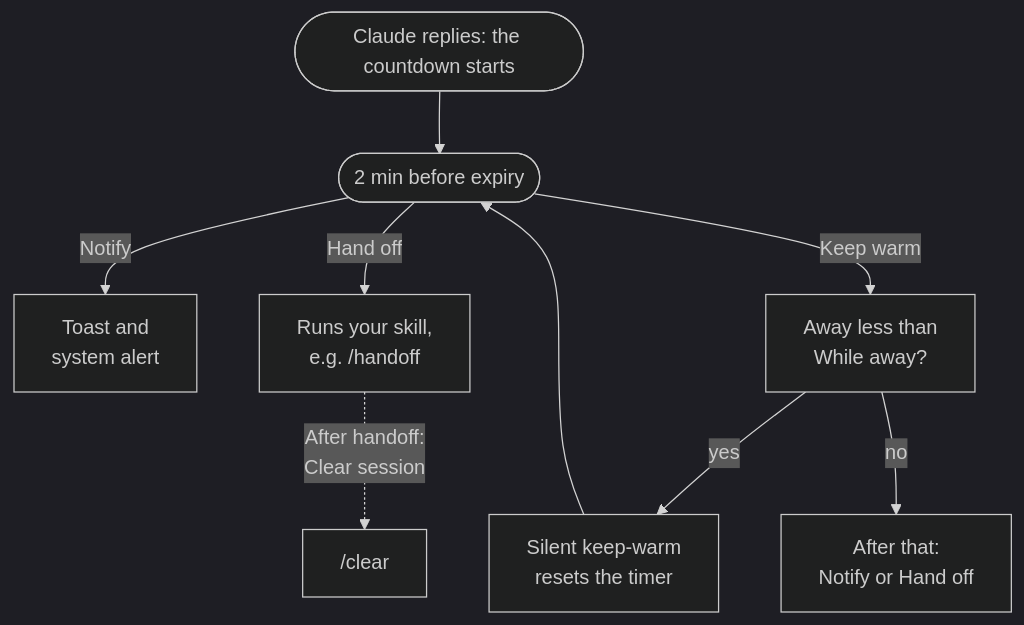
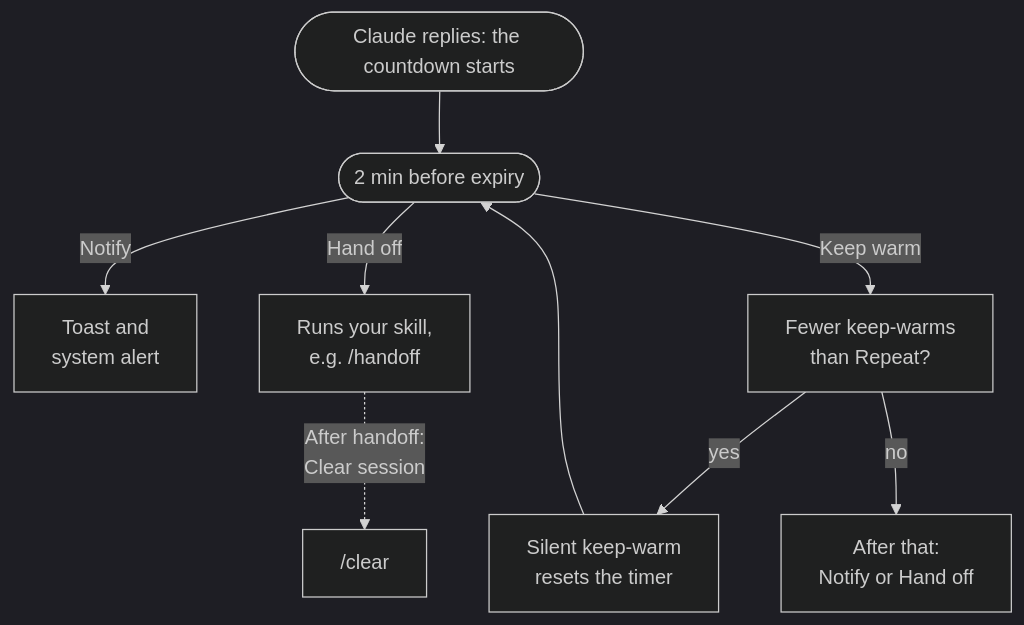
Before and after one commit to ossianravn/cc-cache-expiry-handoff: the diagram in README.md, drawn with Mermaid (dark theme). The commit also changed other lines of this file and 5 other files, not shown here.

First line of the commit message:
Keep warm a set number of times; tick the countdown in its own region

````diff
--- a/README.md
+++ b/README.md
@@ -77,11 +77,11 @@
 ```mermaid
 flowchart TD
   A(["Claude replies: the countdown starts"]) --> C(["2 min before expiry"])
   C -->|Notify| D["Toast and<br/>system alert"]
   C -->|Hand off| E["Runs your skill,<br/>e.g. /handoff"]
-  C -->|Keep warm| F["Away less than<br/>While away?"]
+  C -->|Keep warm| F["Fewer keep-warms<br/>than Repeat?"]
   F -->|yes| G["Silent keep-warm<br/>resets the timer"]
   G --> C
   F -->|no| H["After that:<br/>Notify or Hand off"]
   E -.->|"After handoff:<br/>Clear session"| I["/clear"]
 ```
````
